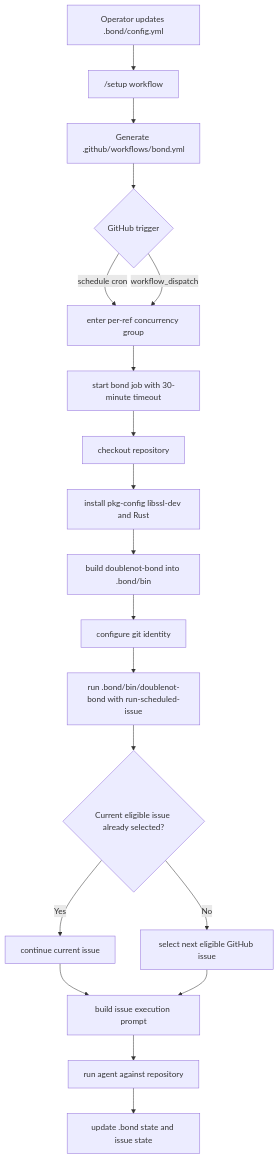
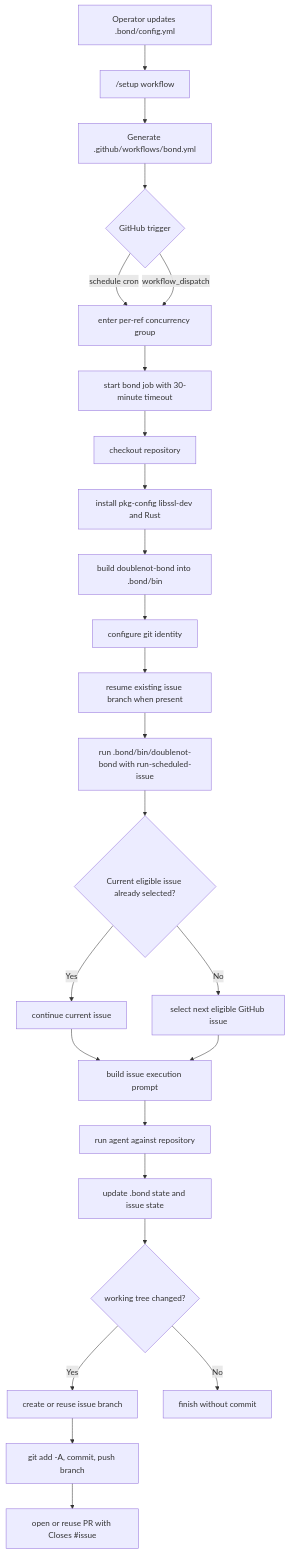
The second of 3 diagrams in docs/workflows.md (doublenot/doublenot-bond), drawn with Mermaid before and after one commit. The commit also changed other lines of this file and 6 other files, not shown here.

Commit message:
Update the bond workflow to commit the code it generates

````diff
--- a/docs/workflows.md
+++ b/docs/workflows.md
@@ -66,23 +66,29 @@
 ```mermaid
 flowchart TD
     A[Operator updates .bond/config.yml] --> B["/setup workflow"]
     B --> C[Generate .github/workflows/bond.yml]
     C --> D{GitHub trigger}
 
     D -->|schedule cron| E[enter per-ref concurrency group]
     D -->|workflow_dispatch| E
 
     E --> F[start bond job with 30-minute timeout]
     F --> G[checkout repository]
     G --> H[install pkg-config libssl-dev and Rust]
     H --> I[build doublenot-bond into .bond/bin]
     I --> J[configure git identity]
-    J --> K[run .bond/bin/doublenot-bond with run-scheduled-issue]
+    J --> J1[resume existing issue branch when present]
+    J1 --> K[run .bond/bin/doublenot-bond with run-scheduled-issue]
     K --> L{Current eligible issue already selected?}
     L -->|Yes| M[continue current issue]
     L -->|No| N[select next eligible GitHub issue]
     M --> O[build issue execution prompt]
     N --> O
     O --> P[run agent against repository]
     P --> Q[update .bond state and issue state]
+    Q --> R{working tree changed?}
+    R -->|Yes| S[create or reuse issue branch]
+    S --> T[git add -A, commit, push branch]
+    T --> U[open or reuse PR with Closes #issue]
+    R -->|No| V[finish without commit]
 ```
````
